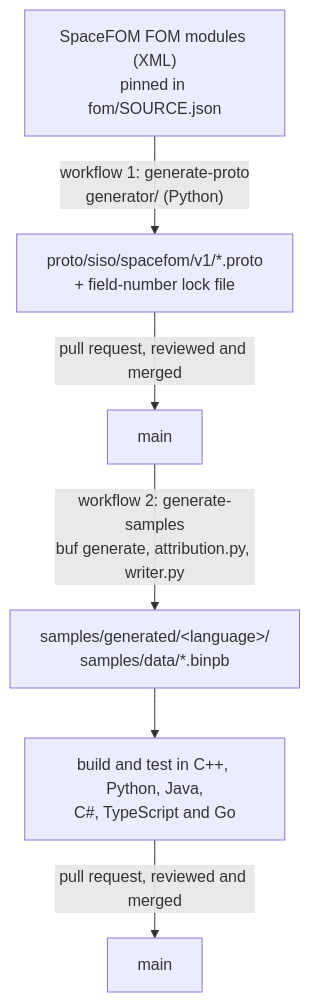
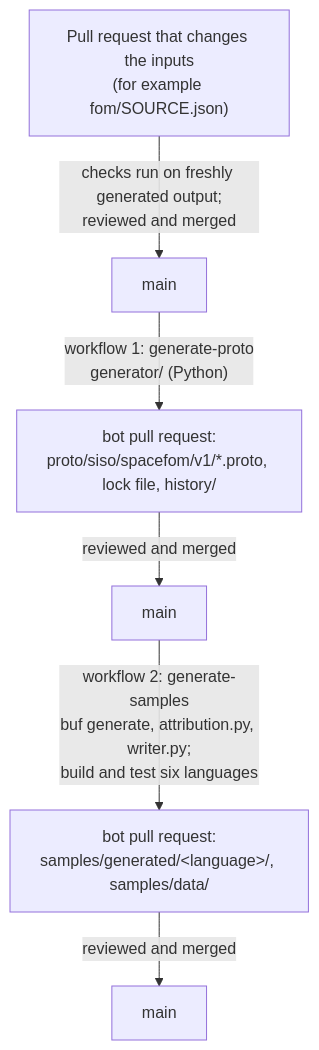
The diagram in samples/README.md (gsantopaolo/spacefom2-protobuf), drawn with Mermaid before and after one commit. The commit also changed other lines of this file and 3 other files, not shown here.

Commit message:
Docs: the FOM-change flow through two bot PRs; plan §6 and sources for #19

````diff
--- a/samples/README.md
+++ b/samples/README.md
@@ -20,8 +20,8 @@
 ```mermaid
 flowchart TD
-    A["SpaceFOM FOM modules (XML)<br/>pinned in fom/SOURCE.json"] -->|"workflow 1: generate-proto<br/>generator/ (Python)"| B["proto/siso/spacefom/v1/*.proto<br/>+ field-number lock file"]
-    B -->|"pull request, reviewed and merged"| M["main"]
-    M -->|"workflow 2: generate-samples<br/>buf generate, attribution.py, writer.py"| C["samples/generated/&lt;language&gt;/<br/>samples/data/*.binpb"]
-    C --> T["build and test in C++, Python, Java,<br/>C#, TypeScript and Go"]
-    T -->|"pull request, reviewed and merged"| M2["main"]
+    P["Pull request that changes the inputs<br/>(for example fom/SOURCE.json)"] -->|"checks run on freshly generated output;<br/>reviewed and merged"| M0["main"]
+    M0 -->|"workflow 1: generate-proto<br/>generator/ (Python)"| B["bot pull request:<br/>proto/siso/spacefom/v1/*.proto, lock file, history/"]
+    B -->|"reviewed and merged"| M1["main"]
+    M1 -->|"workflow 2: generate-samples<br/>buf generate, attribution.py, writer.py;<br/>build and test six languages"| C["bot pull request:<br/>samples/generated/&lt;language&gt;/, samples/data/"]
+    C -->|"reviewed and merged"| M2["main"]
 ```
````
